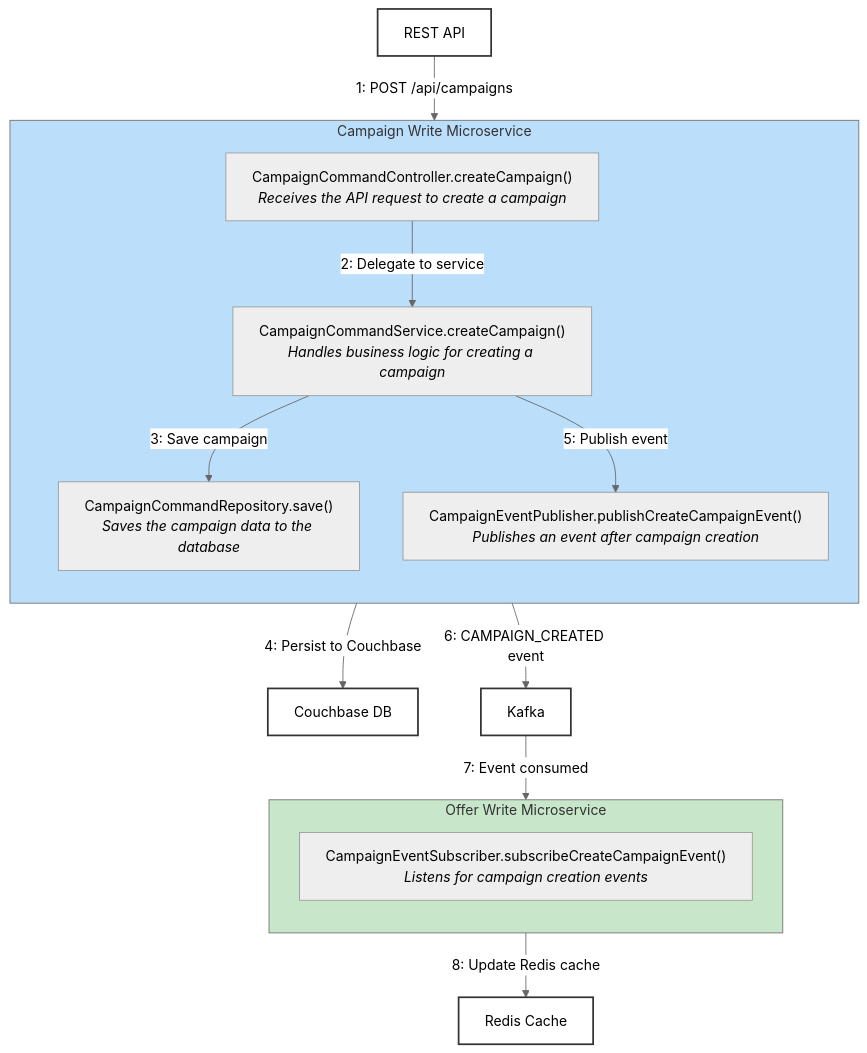
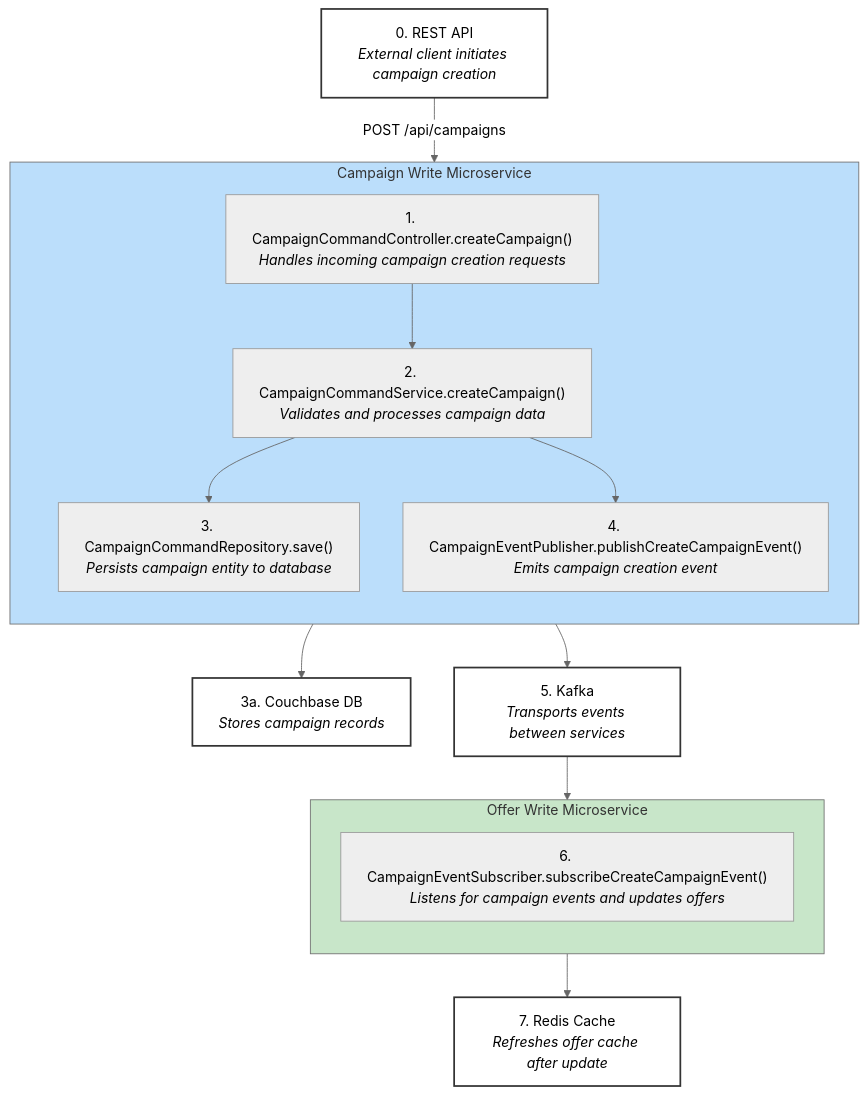
One commit to aakashkumar1980/apps-microservices changed the diagram in _readme_assets/campaign_create.mermaid. Above: the diagram before and after it, drawn with Mermaid (neutral theme).

Commit message:
updated and refactored

```diff
--- a/_readme_assets/campaign_create.mermaid
+++ b/_readme_assets/campaign_create.mermaid
@@ -1,40 +1,40 @@
 flowchart TD
 %% --- Campaign Write Microservice ---
-    subgraph subGraph4["Campaign Write Microservice"]
+    subgraph CampaignWrite["Campaign Write Microservice"]
         direction TB
-        c1["CampaignCommandController.createCampaign()<br/><i>Receives the API request to create a campaign</i>"]
-        s1["CampaignCommandService.createCampaign()<br/><i>Handles business logic for creating a campaign</i>"]
-        r1["CampaignCommandRepository.save()<br/><i>Saves the campaign data to the database</i>"]
-        e1["CampaignEventPublisher.publishCreateCampaignEvent()<br/><i>Publishes an event after campaign creation</i>"]
+        C1["1. CampaignCommandController.createCampaign()<br/><i>Handles incoming campaign creation requests</i>"]
+        S1["2. CampaignCommandService.createCampaign()<br/><i>Validates and processes campaign data</i>"]
+        R1["3. CampaignCommandRepository.save()<br/><i>Persists campaign entity to database</i>"]
+        E1["4. CampaignEventPublisher.publishCreateCampaignEvent()<br/><i>Emits campaign creation event</i>"]
     end
 
 %% --- Offer Write Microservice ---
-    subgraph subGraph7["Offer Write Microservice"]
+    subgraph OfferWrite["Offer Write Microservice"]
         direction TB
-        oesub["CampaignEventSubscriber.subscribeCreateCampaignEvent()<br/><i>Listens for campaign creation events</i>"]
+        OESub["6. CampaignEventSubscriber.subscribeCreateCampaignEvent()<br/><i>Listens for campaign events and updates offers</i>"]
     end
 
 %% --- External Systems ---
-postman["REST API"]
-couchbase["Couchbase DB"]
-kafka["Kafka"]
-redis["Redis Cache"]
+    API["0. REST API<br/><i>External client initiates campaign creation</i>"]
+    Couchbase["3a. Couchbase DB<br/><i>Stores campaign records</i>"]
+    Kafka["5. Kafka<br/><i>Transports events between services</i>"]
+    Redis["7. Redis Cache<br/><i>Refreshes offer cache after update</i>"]
 
-%% --- Flow for Create Campaign ---
-postman -- "1: POST /api/campaigns" --> c1
-c1 -- "2: Delegate to service" --> s1
-s1 -- "3: Save campaign" --> r1
-r1 -- "4: Persist to Couchbase" --> couchbase
-s1 -- "5: Publish event" --> e1
-e1 -- "6: CAMPAIGN_CREATED event" --> kafka
-kafka -- "7: Event consumed" --> oesub
-oesub -- "8: Update Redis cache" --> redis
+%% --- Flow ---
+    API -- "POST /api/campaigns" --> C1
+    C1 --> S1
+    S1 --> R1
+    R1 --> Couchbase
+    S1 --> E1
+    E1 --> Kafka
+    Kafka --> OESub
+    OESub --> Redis
 
 %% --- Styling ---
-postman:::ext
-couchbase:::ext
-kafka:::ext
-redis:::ext
-classDef ext fill:#fff,stroke:#333,stroke-width:2px
-style subGraph4 fill:#BBDEFB
-style subGraph7 fill:#C8E6C9
+    classDef ext fill:#fff,stroke:#333,stroke-width:2px
+    API:::ext
+    Couchbase:::ext
+    Kafka:::ext
+    Redis:::ext
+    style CampaignWrite fill:#BBDEFB
+    style OfferWrite fill:#C8E6C9
```
